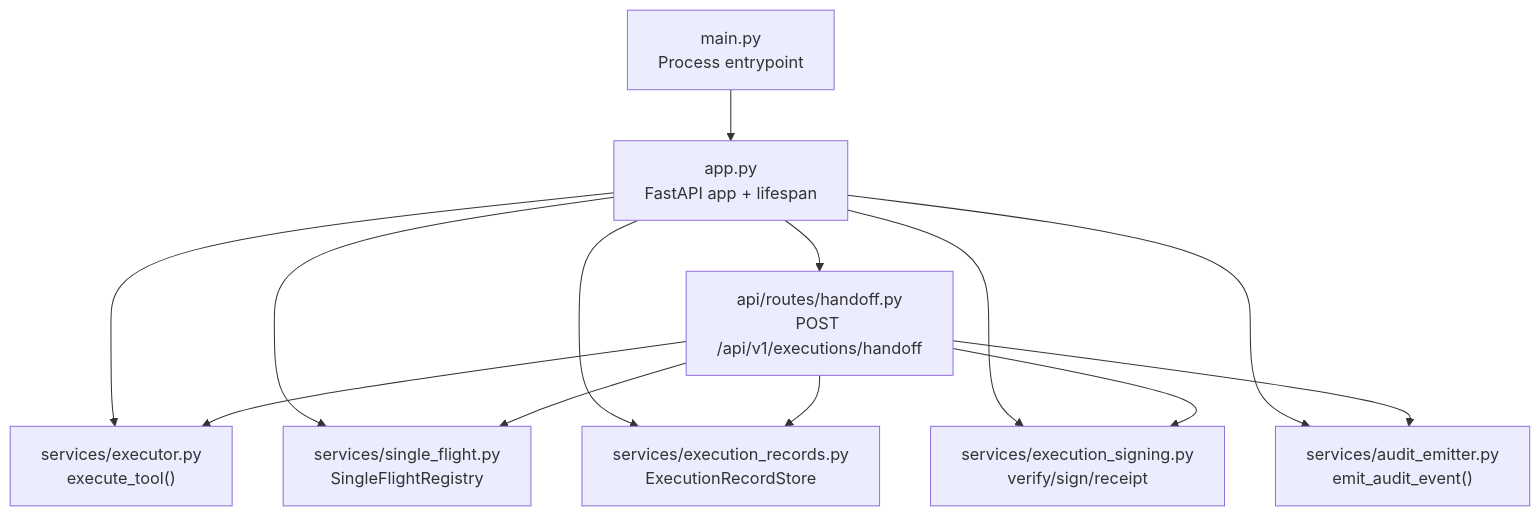
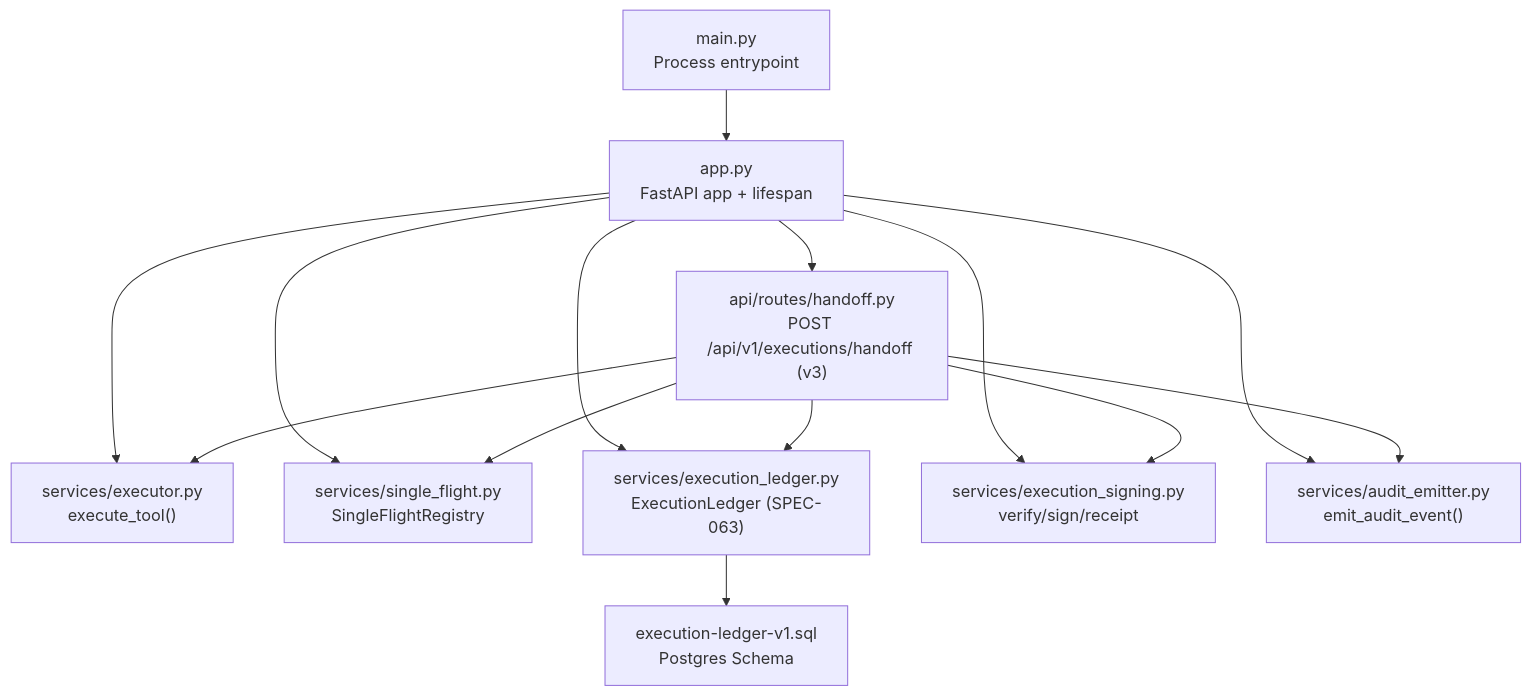
Before and after one commit to metasync/luban-aiops: the first of 7 diagrams in .qoder/repowiki/en/content/Tool Execution Framework/Execution Runtime/Execution Runtime.md, drawn with Mermaid. The commit also changed other lines of this file and 19 other files, not shown here.

Commit message:
docs: refresh repowiki knowledge cache (SPEC-063 durable execution, v0.43.0)

````diff
--- a/.qoder/repowiki/en/content/Tool Execution Framework/Execution Runtime/Execution Runtime.md
+++ b/.qoder/repowiki/en/content/Tool Execution Framework/Execution Runtime/Execution Runtime.md
@@ -53,15 +72,16 @@
 ```mermaid
 graph TB
 A["main.py<br/>Process entrypoint"] --> B["app.py<br/>FastAPI app + lifespan"]
-B --> C["api/routes/handoff.py<br/>POST /api/v1/executions/handoff"]
+B --> C["api/routes/handoff.py<br/>POST /api/v1/executions/handoff (v3)"]
 B --> D["services/executor.py<br/>execute_tool()"]
 B --> E["services/single_flight.py<br/>SingleFlightRegistry"]
-B --> F["services/execution_records.py<br/>ExecutionRecordStore"]
+B --> F["services/execution_ledger.py<br/>ExecutionLedger (SPEC-063)"]
 B --> G["services/execution_signing.py<br/>verify/sign/receipt"]
 B --> H["services/audit_emitter.py<br/>emit_audit_event()"]
 C --> D
 C --> E
 C --> F
 C --> G
 C --> H
+F --> I["execution-ledger-v1.sql<br/>Postgres Schema"]
 ```
````
